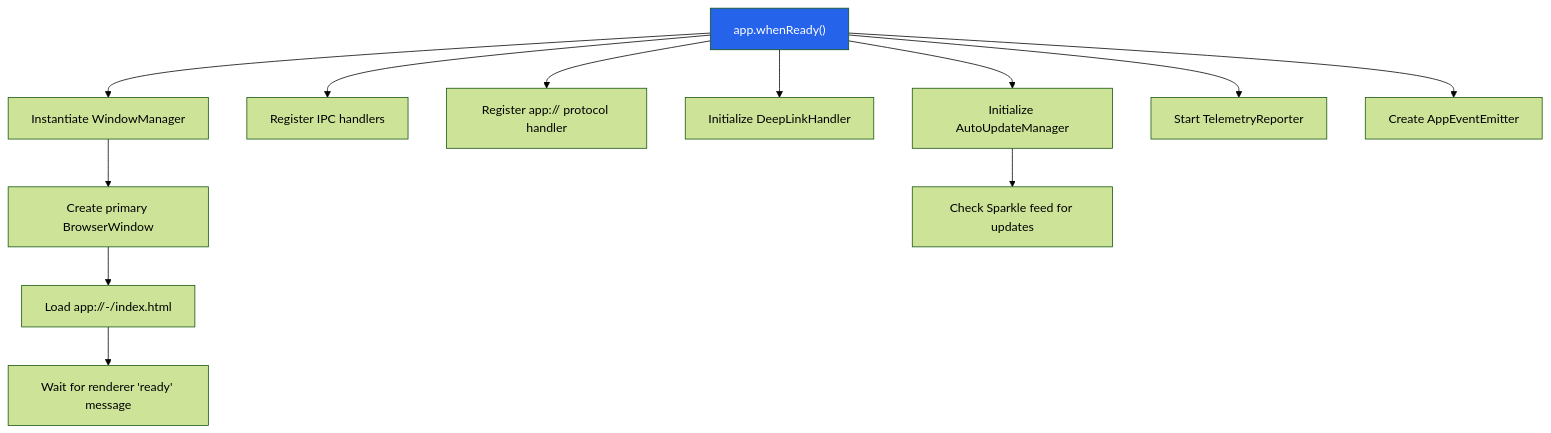
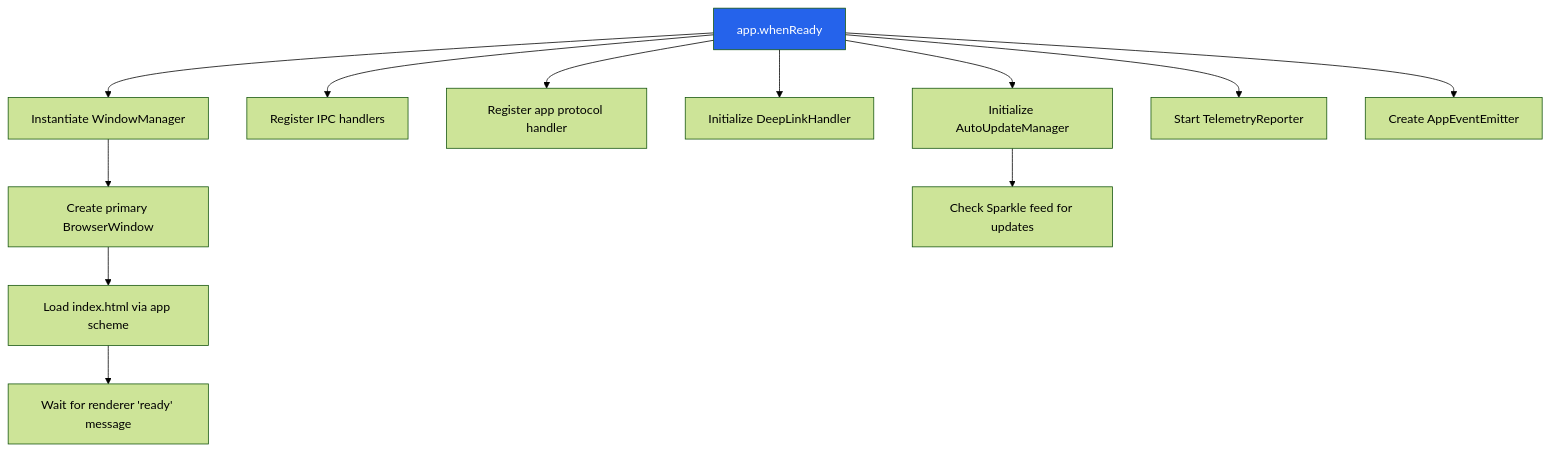
One commit to ChrisFeldmeier/codex-research changed the second of 3 diagrams in 02-electron-lifecycle.md. Above: the diagram before and after it, drawn with Mermaid (forest theme). The commit also changed 14 other files, not shown here.

Commit message:
Refactor mermaid diagrams to flowchart syntax and enhance label descriptions across multiple documentation files

````diff
--- a/02-electron-lifecycle.md
+++ b/02-electron-lifecycle.md
@@ -60,19 +60,19 @@
 ```mermaid
 flowchart TD
-    READY["app.whenReady()"]
+    READY["app.whenReady"]
     READY --> WM["Instantiate WindowManager"]
     READY --> IPC_R["Register IPC handlers"]
-    READY --> PROTO["Register app:// protocol handler"]
+    READY --> PROTO["Register app protocol handler"]
     READY --> DL["Initialize DeepLinkHandler"]
     READY --> AU["Initialize AutoUpdateManager"]
     READY --> TELE["Start TelemetryReporter"]
     READY --> EVENTS["Create AppEventEmitter"]
 
     WM --> CREATE_WIN["Create primary BrowserWindow"]
-    CREATE_WIN --> LOAD_URL["Load app://-/index.html"]
+    CREATE_WIN --> LOAD_URL["Load index.html via app scheme"]
     LOAD_URL --> WAIT_READY["Wait for renderer 'ready' message"]
 
     AU --> CHECK["Check Sparkle feed for updates"]
 
     style READY fill:#2563eb,color:#fff
 ```
````
